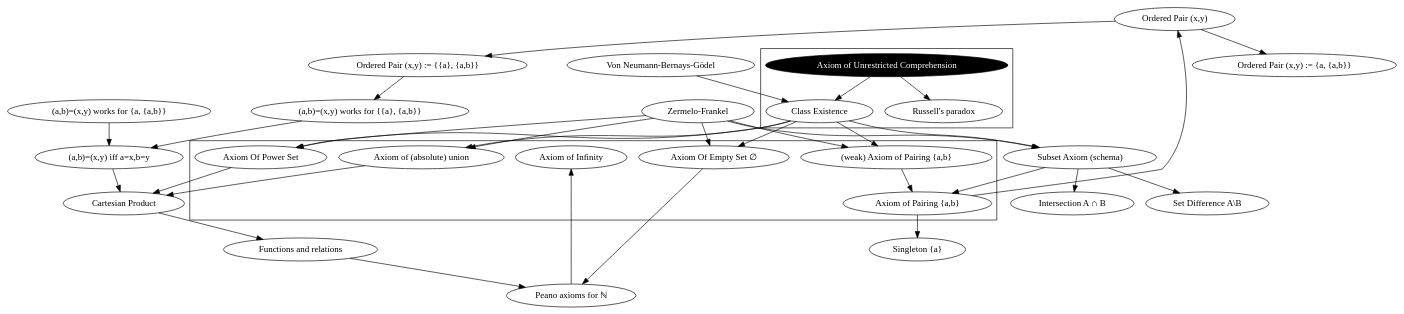
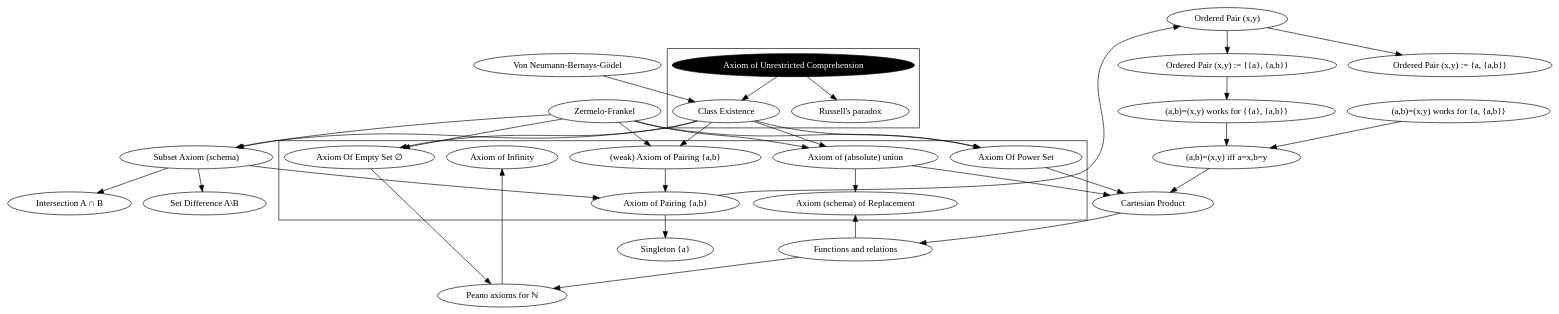
One commit to zaimoni/Franci changed the diagram in docs/SetTheoryAxioms.dot. Above: the diagram before and after it, drawn with Graphviz. The commit also changed 2 other files, not shown here.

```diff
--- a/docs/SetTheoryAxioms.dot
+++ b/docs/SetTheoryAxioms.dot
@@ -1,69 +1,72 @@
 strict digraph {
     UnrestrictedComprehension [label="Axiom of Unrestricted Comprehension" style=filled fillcolor=black fontcolor=white]
     RussellsParadox [label="Russell's paradox"]
     ClassExistence [label="Class Existence"]
 
     subgraph clusterUnrestrictedComprehension {
         UnrestrictedComprehension -> RussellsParadox
         UnrestrictedComprehension -> ClassExistence
     }
 
     ZF [label="Zermelo-Frankel"]
     NBG [label="Von Neumann-Bernays-G&ouml;del"]
 
     NBG -> ClassExistence
 
     SubsetAxiom [label="Subset Axiom (schema)"]
     AxiomOfEmptySet [label="Axiom Of Empty Set &#x2205;"]
 
     Intersection [label="Intersection A &#x2229; B"]
     SetDifference [label="Set Difference A\\B"]
 
     SubsetAxiom -> {Intersection, SetDifference}
 
     AxiomOfPairing [label="Axiom of Pairing {a,b}"]
     AxiomOfPairingWeak [label="(weak) Axiom of Pairing {a,b}"]
 
     {AxiomOfPairingWeak, SubsetAxiom} -> AxiomOfPairing
 
     Singleton [label="Singleton {a}"]
     OrderedPair [label="Ordered Pair (x,y)"]
     OrderedPairKuratowski [label="Ordered Pair (x,y) := {{a}, {a,b}}"]
     OrderedPairTarksiGrothendieck [label="Ordered Pair (x,y) := {a, {a,b}}"]
 
     AxiomOfPairing -> {Singleton, OrderedPair}
     OrderedPair -> {OrderedPairKuratowski, OrderedPairTarksiGrothendieck}
 
     OrderedPairCoordinatewiseEquality [label="(a,b)=(x,y) iff a=x,b=y"]
     OrderedPairCoordinatewiseEqualityKuratowski [label="(a,b)=(x,y) works for {{a}, {a,b}}"]
     OrderedPairCoordinatewiseEqualityTarksiGrothendieck [label="(a,b)=(x,y) works for {a, {a,b}}"]
 
     {OrderedPairCoordinatewiseEqualityKuratowski OrderedPairCoordinatewiseEqualityTarksiGrothendieck} -> OrderedPairCoordinatewiseEquality
     OrderedPairKuratowski -> OrderedPairCoordinatewiseEqualityKuratowski
 
     AxiomOfAbsoluteUnion [label="Axiom of (absolute) union"]
     CartesianProduct [label="Cartesian Product"]
     AxiomOfPowerSet [label="Axiom Of Power Set"]
 
     FunctionsAndRelations [label="Functions and relations"]
 
     {AxiomOfAbsoluteUnion, AxiomOfPowerSet, OrderedPairCoordinatewiseEquality} -> CartesianProduct -> FunctionsAndRelations
 
     PeanoAxioms [label="Peano axioms for &#x2115;"]
     AxiomOfInfinity [label="Axiom of Infinity"]
 
     {FunctionsAndRelations, AxiomOfEmptySet} -> PeanoAxioms -> AxiomOfInfinity
 
     ZF -> {SubsetAxiom AxiomOfEmptySet AxiomOfPairingWeak AxiomOfAbsoluteUnion AxiomOfPowerSet }
     ClassExistence -> { SubsetAxiom AxiomOfEmptySet AxiomOfPairingWeak AxiomOfAbsoluteUnion AxiomOfPowerSet }
 
+    AxiomOfReplacement [label="Axiom (schema) of Replacement"]
+    {FunctionsAndRelations AxiomOfAbsoluteUnion} -> AxiomOfReplacement
 
     subgraph clusterSetSpawn {
         AxiomOfEmptySet
         AxiomOfPairingWeak
         AxiomOfPairing
         AxiomOfAbsoluteUnion
         AxiomOfPowerSet
         AxiomOfInfinity
+        AxiomOfReplacement
     }
 }
```
